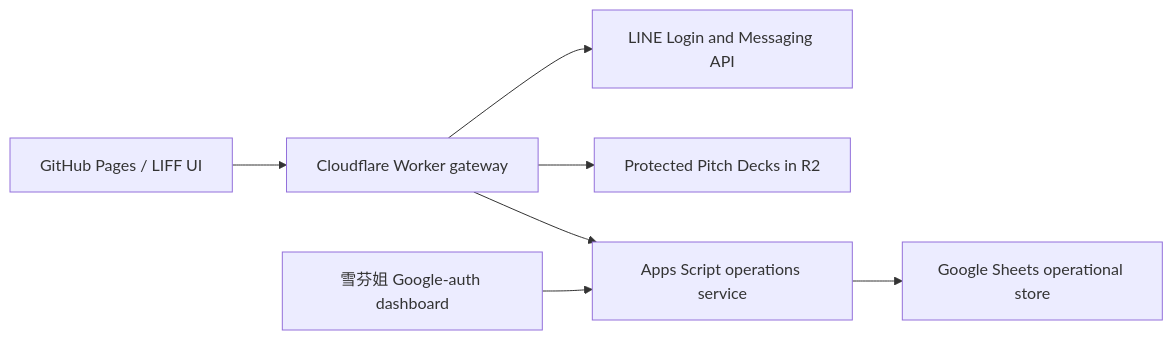
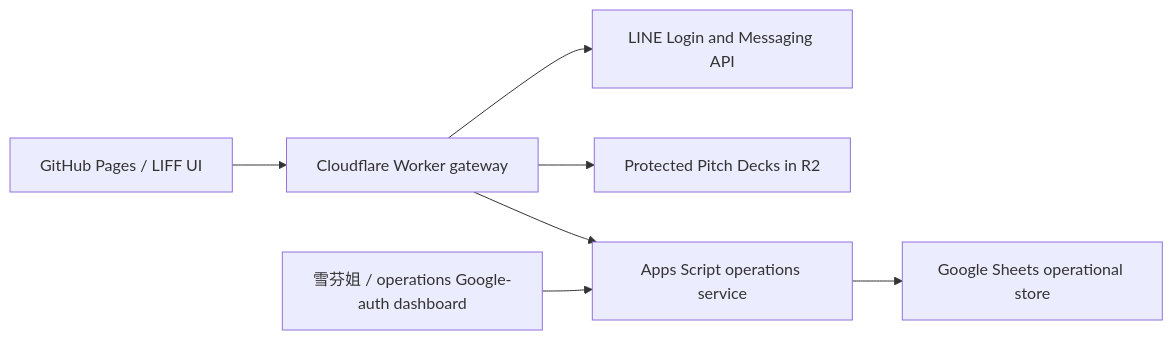
Before and after one commit to mela0976/zhifu-invest: the diagram in README.md, drawn with Mermaid. The commit also changed other lines of this file and 29 other files, not shown here.

````diff
--- a/README.md
+++ b/README.md
@@ -70,9 +70,9 @@
 ```mermaid
 flowchart LR
     Browser["GitHub Pages / LIFF UI"] --> Gateway["Cloudflare Worker gateway"]
     Gateway --> LINE["LINE Login and Messaging API"]
     Gateway --> R2["Protected Pitch Decks in R2"]
     Gateway --> Ops["Apps Script operations service"]
     Ops --> Sheets["Google Sheets operational store"]
-    Admin["雪芬姐 Google-auth dashboard"] --> Ops
+    Admin["雪芬姐 / operations Google-auth dashboard"] --> Ops
 ```
````
